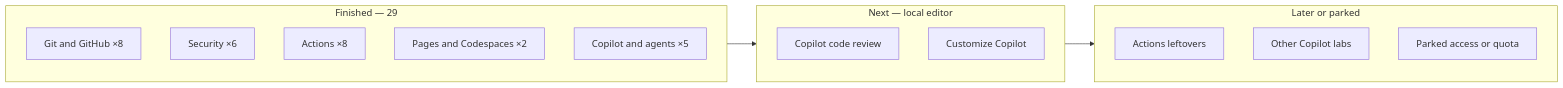
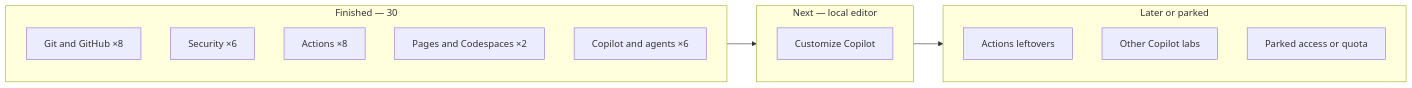
Before and after one commit to blackhebrewisraeli/github-skills-journey: the diagram in ROADMAP.md, drawn with Mermaid. The commit also changed other lines of this file and 3 other files, not shown here.

First line of the commit message:
Log Copilot code review as finished (30/40) and queue Customize Copilot.

````diff
--- a/ROADMAP.md
+++ b/ROADMAP.md
@@ -11,21 +11,20 @@
 ```mermaid
 flowchart LR
-    subgraph done [Finished — 29]
+    subgraph done [Finished — 30]
         G[Git and GitHub ×8]
         S[Security ×6]
         A[Actions ×8]
         P[Pages and Codespaces ×2]
-        C[Copilot and agents ×5]
+        C[Copilot and agents ×6]
     end
     subgraph next [Next — local editor]
-        CR[Copilot code review]
         CU[Customize Copilot]
     end
     subgraph later [Later or parked]
         QA[Actions leftovers]
         AI[Other Copilot labs]
         PR[Parked access or quota]
     end
     done --> next
     next --> later
 ```
````
